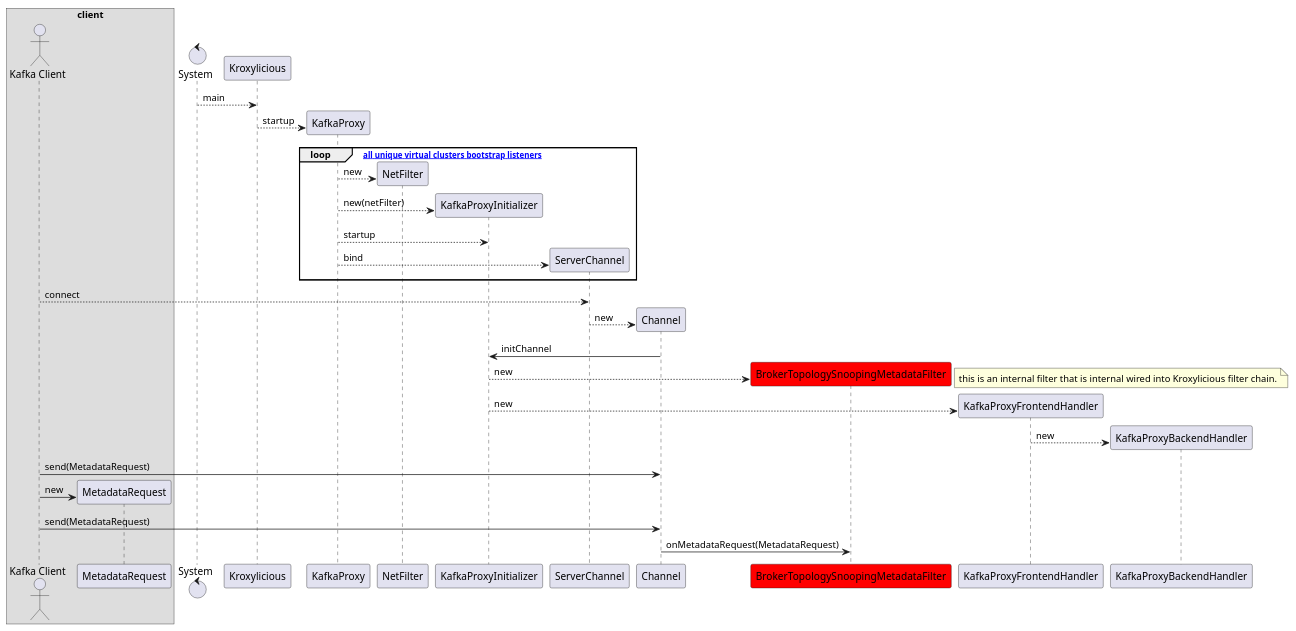
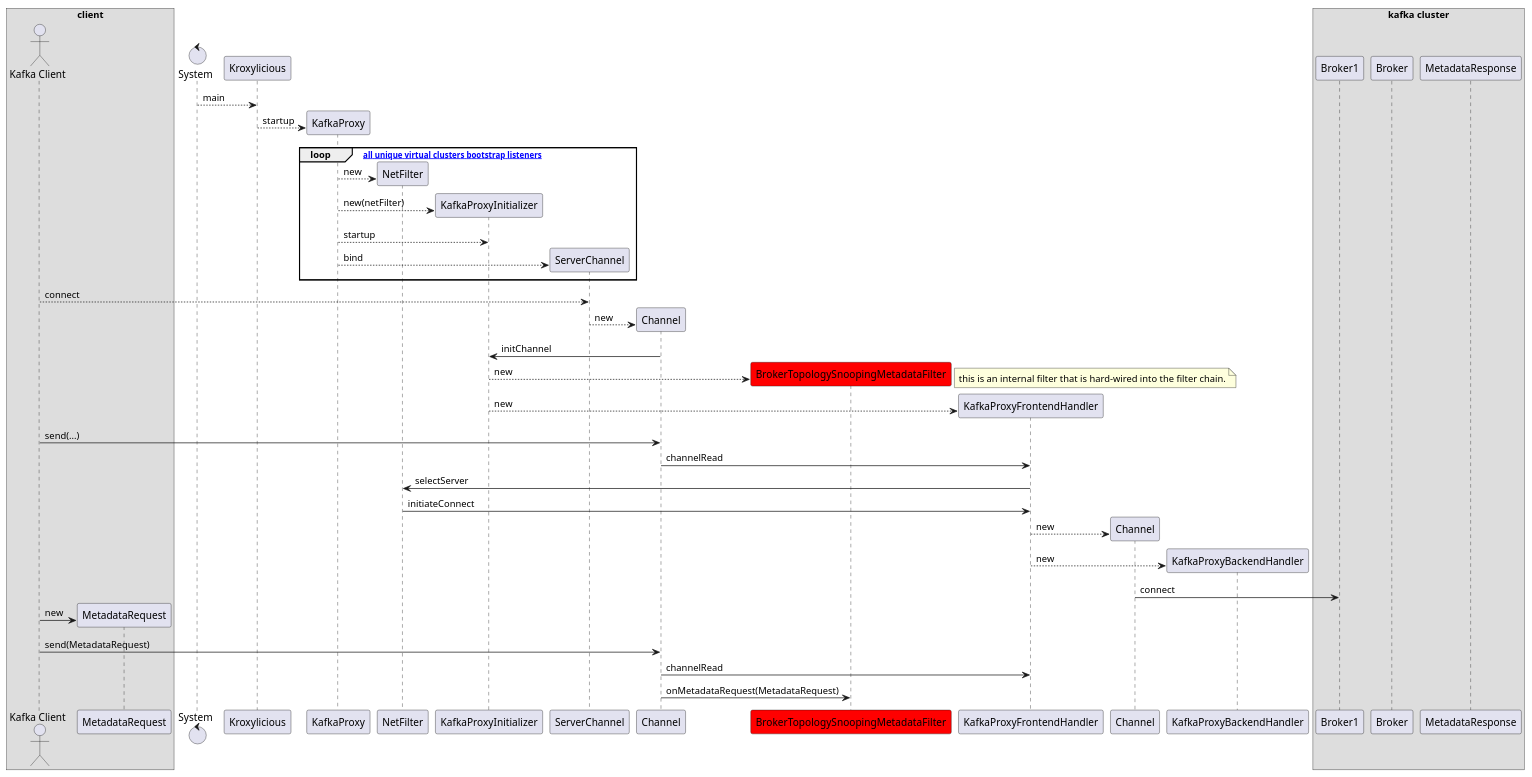
Before and after one commit to kroxylicious/design: the diagram in proposals/001/seq.puml, drawn with PlantUML.

```diff
--- a/proposals/001/seq.puml
+++ b/proposals/001/seq.puml
@@ -1,51 +1,63 @@
 @startuml
+
 box client
 Actor "Kafka Client"
 Participant MetadataRequest
 end box
 
 Control "System"
 
 System --> Kroxylicious: main
-create KafkaProxy
-Kroxylicious --> KafkaProxy: startup
+Kroxylicious --> KafkaProxy ** : startup
 
 loop [for all unique virtual clusters bootstrap listeners]
-  create NetFilter
-  KafkaProxy --> NetFilter: new
+  KafkaProxy --> NetFilter ** : new
 
-  create KafkaProxyInitializer
-  KafkaProxy --> KafkaProxyInitializer: new(netFilter)
+  KafkaProxy --> KafkaProxyInitializer ** : new(netFilter)
   KafkaProxy --> KafkaProxyInitializer: startup
 
-  create ServerChannel
-  KafkaProxy --> ServerChannel: bind
+  KafkaProxy --> ServerChannel ** : bind
 end
 
 
 "Kafka Client" --> ServerChannel: connect
-create Channel
-ServerChannel --> Channel: new
-Channel -> KafkaProxyInitializer: initChannel
+Participant Channel as DownstreamChannel
+ServerChannel --> DownstreamChannel **: new
+DownstreamChannel -> KafkaProxyInitializer: initChannel
 
 Participant BrokerTopologySnoopingMetadataFilter #red
-create BrokerTopologySnoopingMetadataFilter 
-KafkaProxyInitializer --> BrokerTopologySnoopingMetadataFilter: new 
+KafkaProxyInitializer --> BrokerTopologySnoopingMetadataFilter ** : new 
 note right
-  this is an internal filter that is internal wired into Kroxylicious filter chain.
+  this is an internal filter that is hard-wired into the filter chain.
 end note
 
-create KafkaProxyFrontendHandler
-KafkaProxyInitializer --> KafkaProxyFrontendHandler: new
+KafkaProxyInitializer --> KafkaProxyFrontendHandler ** : new
 
-create KafkaProxyBackendHandler
-KafkaProxyFrontendHandler --> KafkaProxyBackendHandler: new
 
-"Kafka Client" -> Channel: send(MetadataRequest)
-create MetadataRequest
-"Kafka Client" -> MetadataRequest: new
-"Kafka Client" -> Channel: send(MetadataRequest)
-Channel -> BrokerTopologySnoopingMetadataFilter:onMetadataRequest(MetadataRequest)
+"Kafka Client" -> DownstreamChannel: send(...)
+DownstreamChannel -> KafkaProxyFrontendHandler:channelRead
+KafkaProxyFrontendHandler -> NetFilter:selectServer
+NetFilter -> KafkaProxyFrontendHandler:initiateConnect
+
+Participant Channel as UpstreamChannel
+KafkaProxyFrontendHandler --> UpstreamChannel ** : new
+
+KafkaProxyFrontendHandler --> KafkaProxyBackendHandler ** : new
+UpstreamChannel -> Broker1 : connect
+
+
+"Kafka Client" -> MetadataRequest ** : new
+"Kafka Client" -> DownstreamChannel: send(MetadataRequest)
+DownstreamChannel -> KafkaProxyFrontendHandler:channelRead
+
+DownstreamChannel -> BrokerTopologySnoopingMetadataFilter:onMetadataRequest(MetadataRequest)
+
+box kafka cluster
+Participant Broker as Broker1
+Participant Broker as Broker2
+Participant MetadataResponse
+end box
+
 
 
 @enduml
```
